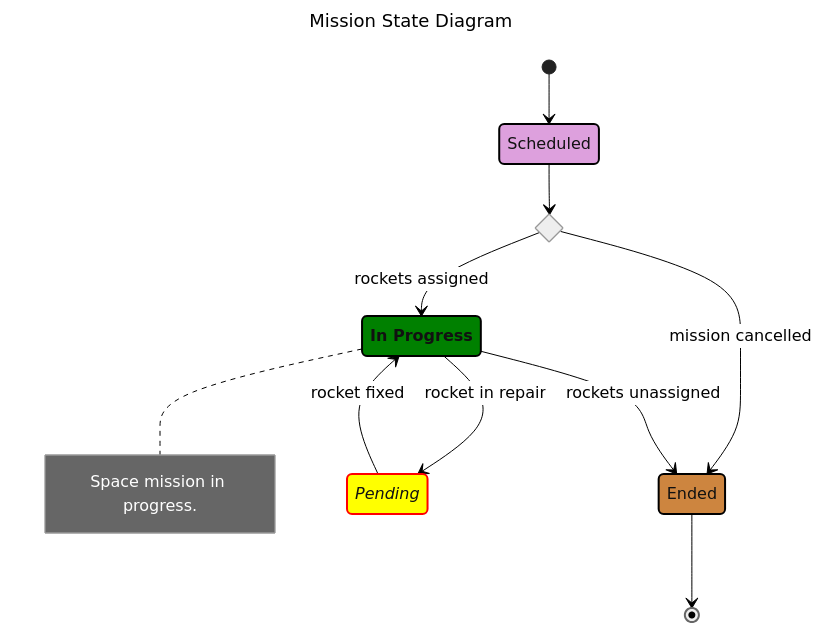
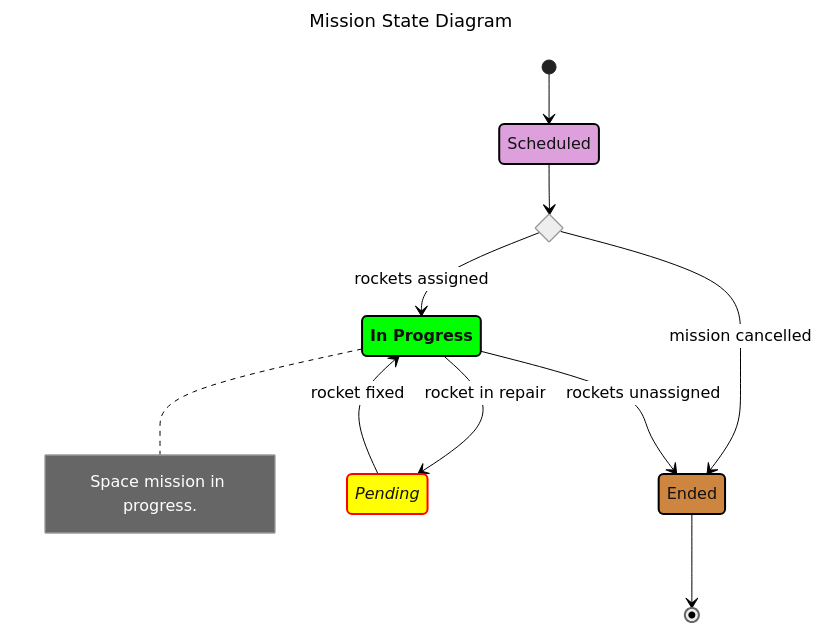
One commit to Ee-Cs/RecruitmentTaskS2 changed the third of 4 diagrams in docs/README.md. Above: the diagram before and after it, drawn with Mermaid (neutral theme). The commit also changed other lines of this file, not shown here.

````diff
--- a/docs/README.md
+++ b/docs/README.md
@@ -91,33 +91,33 @@
 ```mermaid
 ---
 title: Mission State Diagram
 ---
 stateDiagram
 direction TB
 
 %% State definitions
 state "Scheduled" as SCH
 state CHO <<choice>>
 state "In Progress" as PRG
 note right of PRG
   Space mission in progress.
 end note
 state "Pending" as PND
 state "Ended" as END
 
 %% Transitions
 [*] --> SCH:::schedClass
 SCH --> CHO
 CHO --> PRG:::progClass : rockets assigned
 CHO --> END:::endClass : mission cancelled
 PRG --> PND:::pendClass : rocket in repair
 PND --> PRG : rocket fixed
 PRG --> END : rockets unassigned
 END --> [*]
 
 %% Style definitions
 classDef schedClass fill: plum, stroke: #000, stroke-width: 2px
-classDef progClass fill: green, stroke: #000, stroke-width: 2px,font-weight:bold
+classDef progClass fill: lime, stroke: #000, stroke-width: 2px,font-weight:bold
 classDef pendClass fill: yellow, stroke: #000, stroke-width: 2px, font-style:italic,stroke-width:2px,stroke:red
 classDef endClass fill: peru, stroke: #000, stroke-width: 2px
 ```
````
